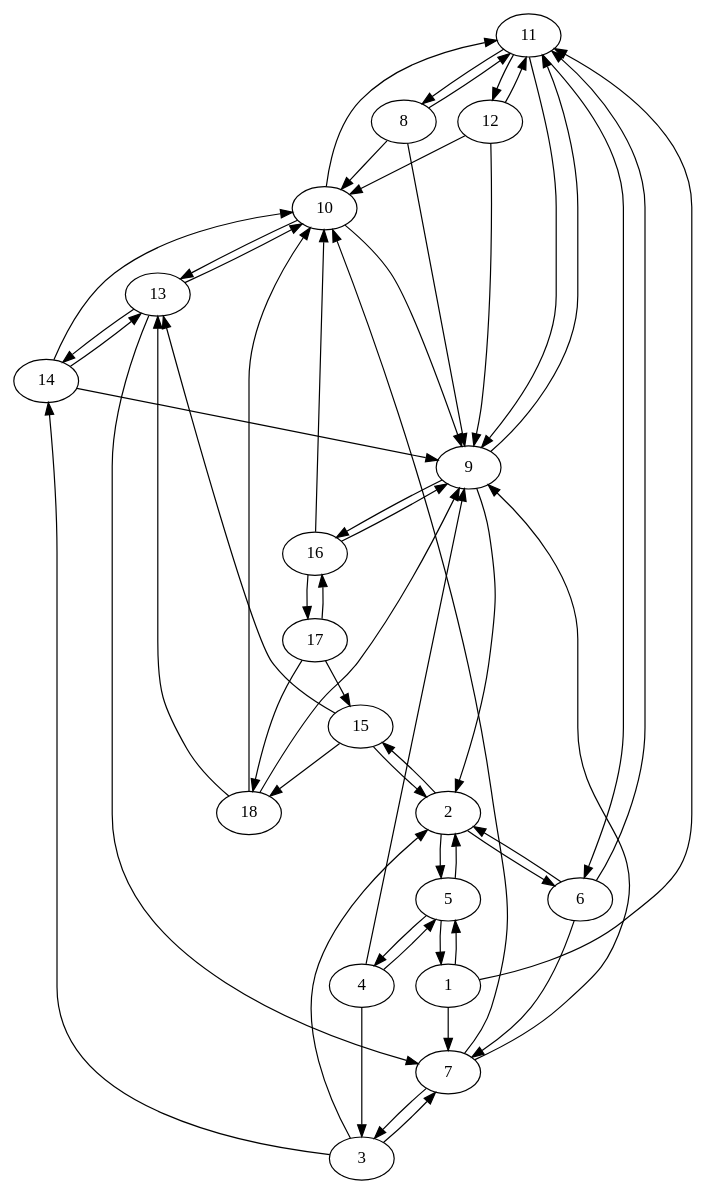
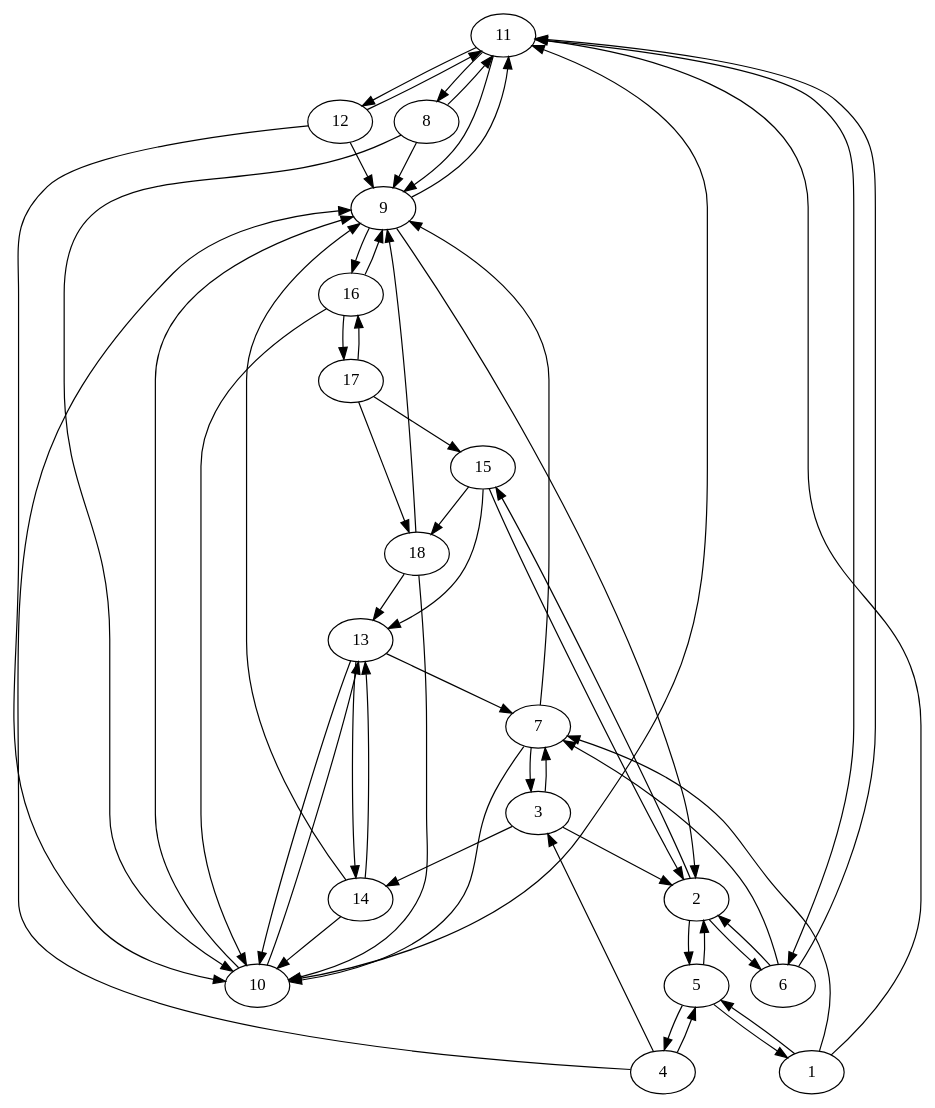
One commit to drewconway/NetworkX_Intro_Materials changed the diagram in data/samp_like_dot.dot. Above: the diagram before and after it, drawn with Graphviz. The commit also changed other lines of this file and 7 other files, not shown here.

```diff
--- a/data/samp_like_dot.dot
+++ b/data/samp_like_dot.dot
@@ -1,57 +1,57 @@
 strict digraph  {
+	11 -> 9;
+	11 -> 12;
 	11 -> 8;
 	11 -> 6;
-	11 -> 9;
-	11 -> 12;
+	10 -> 9;
 	10 -> 11;
 	10 -> 13;
-	10 -> 9;
+	13 -> 7;
 	13 -> 10;
-	13 -> 7;
 	13 -> 14;
+	12 -> 9;
 	12 -> 11;
 	12 -> 10;
-	12 -> 9;
+	15 -> 2;
 	15 -> 13;
-	15 -> 2;
 	15 -> 18;
+	14 -> 9;
 	14 -> 10;
 	14 -> 13;
-	14 -> 9;
 	17 -> 16;
 	17 -> 15;
 	17 -> 18;
-	16 -> 10;
 	16 -> 9;
 	16 -> 17;
+	16 -> 10;
+	18 -> 9;
 	18 -> 10;
 	18 -> 13;
-	18 -> 9;
+	1 -> 7;
 	1 -> 11;
 	1 -> 5;
-	1 -> 7;
 	3 -> 2;
 	3 -> 7;
 	3 -> 14;
+	2 -> 15;
+	2 -> 5;
 	2 -> 6;
-	2 -> 5;
-	2 -> 15;
 	5 -> 2;
+	5 -> 1;
 	5 -> 4;
-	5 -> 1;
 	4 -> 9;
+	4 -> 3;
 	4 -> 5;
-	4 -> 3;
+	7 -> 9;
 	7 -> 10;
-	7 -> 9;
 	7 -> 3;
-	6 -> 11;
 	6 -> 2;
 	6 -> 7;
+	6 -> 11;
+	9 -> 2;
 	9 -> 11;
-	9 -> 2;
 	9 -> 16;
+	8 -> 9;
 	8 -> 11;
 	8 -> 10;
-	8 -> 9;
 }
```
